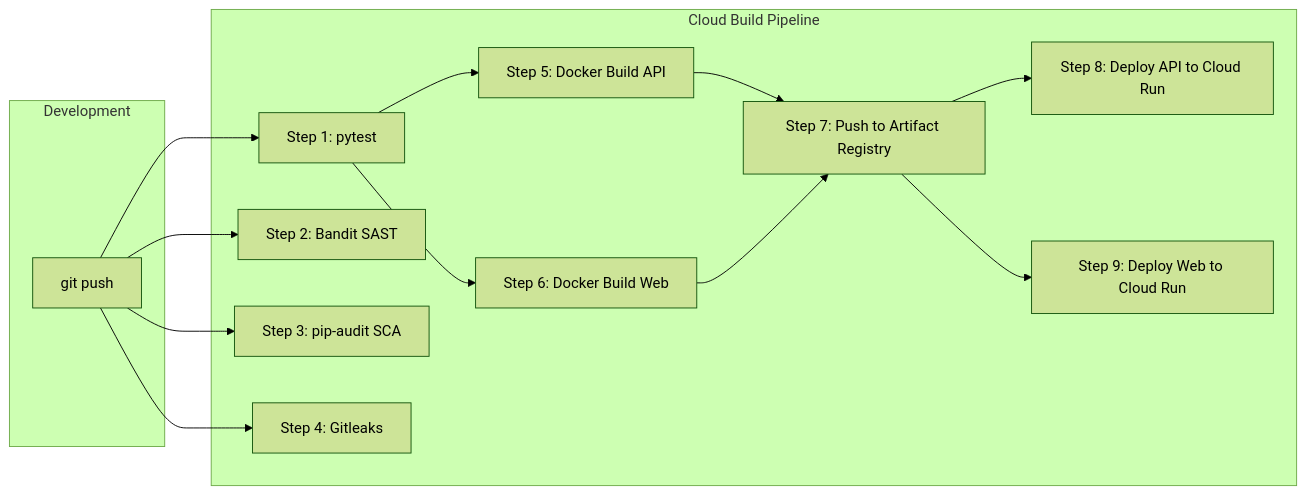
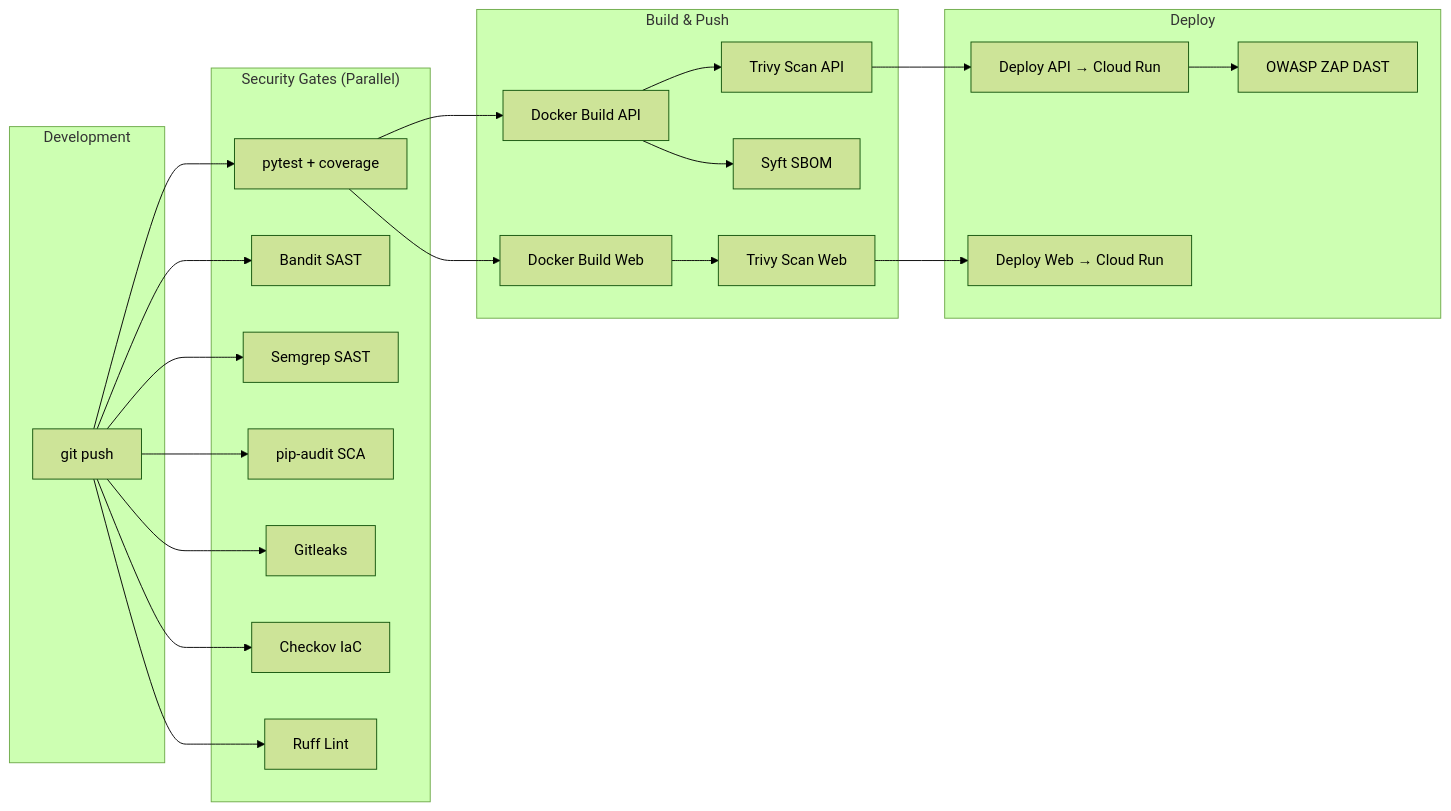
The fifth of 5 diagrams in docs/guides/architecture.md (resper1965/Gabi), drawn with Mermaid (forest theme) before and after one commit. The commit also changed other lines of this file and 2 other files, not shown here.

Commit message:
docs: update architecture, developer guide, SSDLC program
- Rename nTalkSQL → Flash across all docs
- Expand CI/CD pipeline diagram to show all 18 SSDLC steps
- Add defusedxml, usedforsecurity=False, Permissions-Policy to security controls
- Update coding conventions: ruff enforced, raw SQL proibido, defusedxml required
- Note dast-zap-report step and sbom-syft in pipeline

````diff
--- a/docs/guides/architecture.md
+++ b/docs/guides/architecture.md
@@ -204,29 +204,37 @@
 ```mermaid
 graph LR
     subgraph "Development"
         DEV["git push"]
     end
 
-    subgraph "Cloud Build Pipeline"
-        TEST["Step 1: pytest"]
-        SAST["Step 2: Bandit SAST"]
-        SCA["Step 3: pip-audit SCA"]
-        SECRETS["Step 4: Gitleaks"]
-        BUILD_API["Step 5: Docker Build API"]
-        BUILD_WEB["Step 6: Docker Build Web"]
-        PUSH["Step 7: Push to Artifact Registry"]
-        DEPLOY_API["Step 8: Deploy API to Cloud Run"]
-        DEPLOY_WEB["Step 9: Deploy Web to Cloud Run"]
+    subgraph "Security Gates (Parallel)"
+        TEST["pytest + coverage"]
+        SAST["Bandit SAST"]
+        SEMGREP["Semgrep SAST"]
+        SCA["pip-audit SCA"]
+        SECRETS["Gitleaks"]
+        IAC["Checkov IaC"]
+        LINT["Ruff Lint"]
     end
 
-    DEV --> TEST
-    DEV --> SAST
-    DEV --> SCA
-    DEV --> SECRETS
-    TEST --> BUILD_API
-    TEST --> BUILD_WEB
-    BUILD_API --> PUSH
-    BUILD_WEB --> PUSH
-    PUSH --> DEPLOY_API
-    PUSH --> DEPLOY_WEB
+    subgraph "Build & Push"
+        BUILD_API["Docker Build API"]
+        BUILD_WEB["Docker Build Web"]
+        TRIVY_API["Trivy Scan API"]
+        TRIVY_WEB["Trivy Scan Web"]
+        SBOM["Syft SBOM"]
+    end
+
+    subgraph "Deploy"
+        DEPLOY_API["Deploy API → Cloud Run"]
+        DEPLOY_WEB["Deploy Web → Cloud Run"]
+        DAST["OWASP ZAP DAST"]
+    end
+
+    DEV --> TEST & SAST & SEMGREP & SCA & SECRETS & IAC & LINT
+    TEST --> BUILD_API & BUILD_WEB
+    BUILD_API --> TRIVY_API --> DEPLOY_API
+    BUILD_WEB --> TRIVY_WEB --> DEPLOY_WEB
+    BUILD_API --> SBOM
+    DEPLOY_API --> DAST
 ```
````
